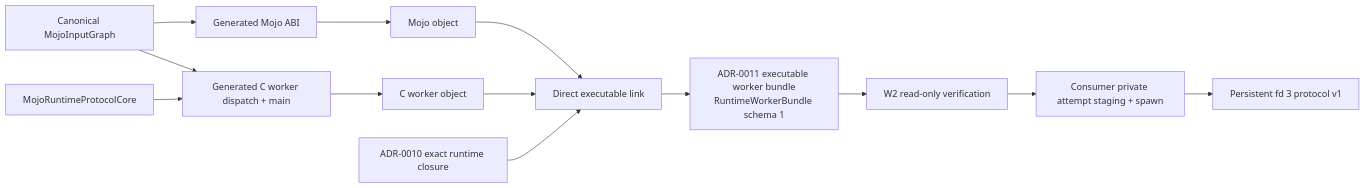
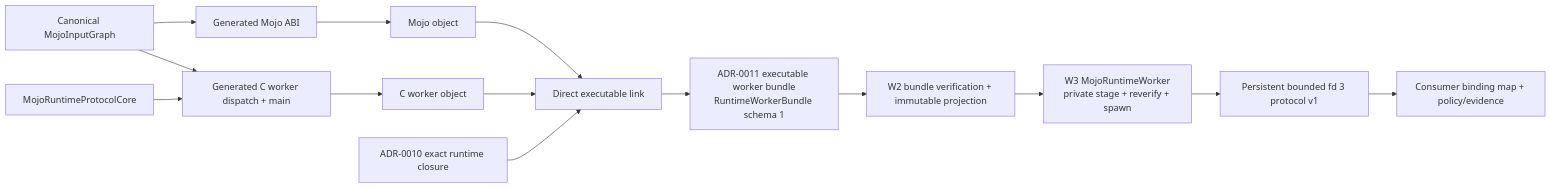
The diagram in docs/ADR-0015-DIRECT-LINKED-PERSISTENT-WORKERS.md (1amageek/swift-mojo), drawn with Mermaid before and after one commit. The commit also changed other lines of this file and 12 other files, not shown here.

Commit message:
Define generic runtime worker client boundary

````diff
--- a/docs/ADR-0015-DIRECT-LINKED-PERSISTENT-WORKERS.md
+++ b/docs/ADR-0015-DIRECT-LINKED-PERSISTENT-WORKERS.md
@@ -48,15 +49,16 @@
 ```mermaid
 flowchart LR
     G["Canonical MojoInputGraph"] --> M["Generated Mojo ABI"]
     G --> C["Generated C worker dispatch + main"]
     PC["MojoRuntimeProtocolCore"] --> C
     M --> MO["Mojo object"]
     C --> CO["C worker object"]
     MO --> L["Direct executable link"]
     CO --> L
     R["ADR-0010 exact runtime closure"] --> L
     L --> B["ADR-0011 executable worker bundle<br/>RuntimeWorkerBundle schema 1"]
-    B --> V["W2 read-only verification"]
-    V --> S["Consumer private attempt staging + spawn"]
-    S --> IPC["Persistent fd 3 protocol v1"]
+    B --> V["W2 bundle verification + immutable projection"]
+    V --> W3["W3 MojoRuntimeWorker<br/>private stage + reverify + spawn"]
+    W3 --> IPC["Persistent bounded fd 3 protocol v1"]
+    IPC --> D["Consumer binding map + policy/evidence"]
 ```
````
